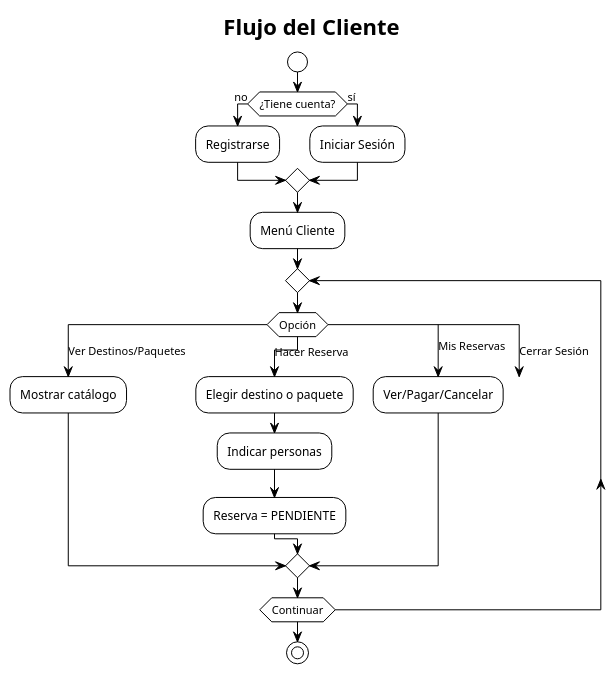
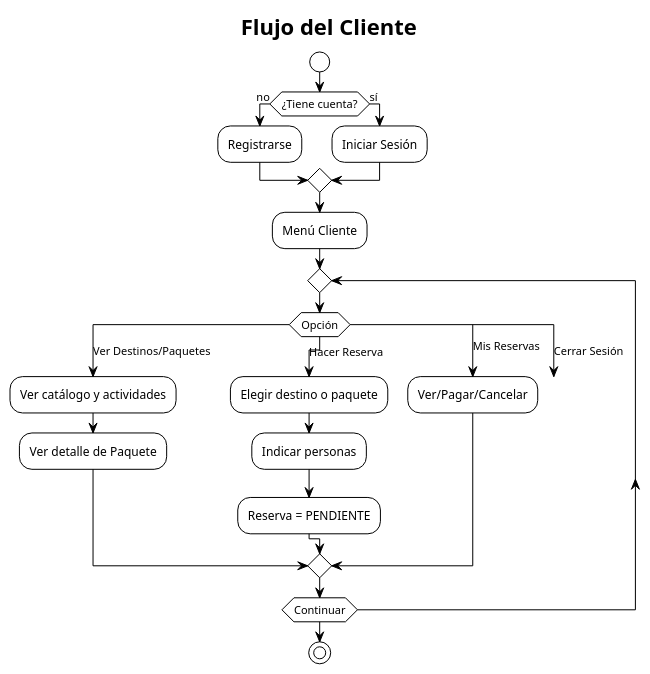
One commit to mjperez/ti3021-viajes-aventura changed the diagram in docs/flujo_cliente.puml. Above: the diagram before and after it, drawn with PlantUML. The commit also changed 23 other files, not shown here.

```diff
--- a/docs/flujo_cliente.puml
+++ b/docs/flujo_cliente.puml
@@ -1,33 +1,34 @@
 @startuml Flujo_Cliente_Simple
 !theme plain
 
 title Flujo del Cliente
 
 start
 
 if (¿Tiene cuenta?) then (no)
     :Registrarse;
 else (sí)
     :Iniciar Sesión;
 endif
 
 :Menú Cliente;
 
 repeat
     switch (Opción)
         case (Ver Destinos/Paquetes)
-            :Mostrar catálogo;
+            :Ver catálogo y actividades;
+            :Ver detalle de Paquete;
         case (Hacer Reserva)
             :Elegir destino o paquete;
             :Indicar personas;
             :Reserva = PENDIENTE;
         case (Mis Reservas)
             :Ver/Pagar/Cancelar;
         case (Cerrar Sesión)
             break
     endswitch
 repeat while (Continuar)
 
 stop
 
 @enduml
```
